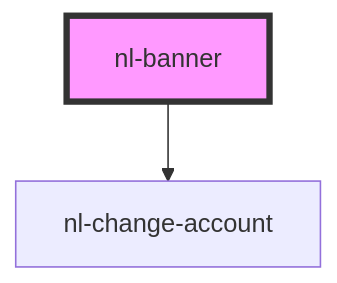
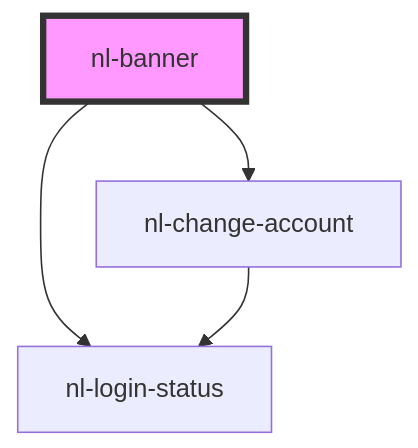
Before and after one commit to nostrband/nostr-login: the diagram in packages/components/src/components/nl-banner/readme.md, drawn with Mermaid. The commit also changed other lines of this file and 12 other files, not shown here.

Commit message:
Fix texts, make nl-login-status, show extension under advanced if not available, fix nip05 reuse from profile

````diff
--- a/packages/components/src/components/nl-banner/readme.md
+++ b/packages/components/src/components/nl-banner/readme.md
@@ -39,5 +40,7 @@
 ```mermaid
 graph TD;
+  nl-banner --> nl-login-status
   nl-banner --> nl-change-account
+  nl-change-account --> nl-login-status
   style nl-banner fill:#f9f,stroke:#333,stroke-width:4px
 ```
````
